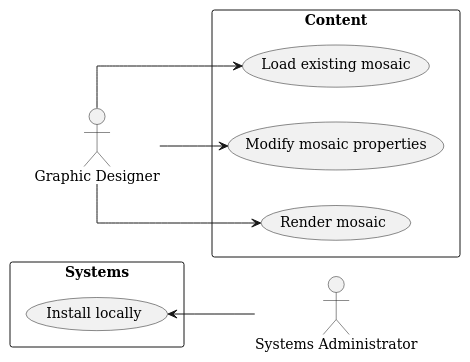
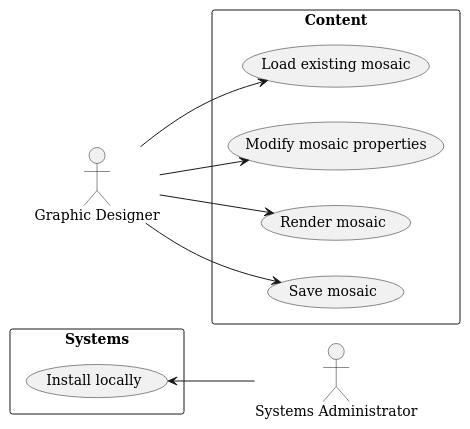
The diagram in documentation/Specification/diagrams/use_case_diagram.plantuml (zwerdlds/GlyphMosaic), drawn with PlantUML before and after one commit.

Commit message:
docs: use case diagram added saving documents

```diff
--- a/documentation/Specification/diagrams/use_case_diagram.plantuml
+++ b/documentation/Specification/diagrams/use_case_diagram.plantuml
@@ -1,30 +1,32 @@
 @startuml use_case_diagram
 left to right direction
 skinparam defaultFontName DejaVu Serif
-skinparam linetype ortho
 
 
 :Systems Administrator: as sa
 
 :Graphic Designer: as gd
 
 
 
 rectangle "Systems" as sys {
     usecase "Install locally" as il
     sa-u-> il
 }
 
 rectangle "Content" as cms {
     usecase "Load existing mosaic" as lms
     gd --> lms
 
 
     usecase "Modify mosaic properties" as mmsp
     gd --> mmsp
 
     usecase "Render mosaic" as rms
     gd --> rms
+
+    usecase "Save mosaic" as sms
+    gd --> sms
 }
 
 @enduml
```
